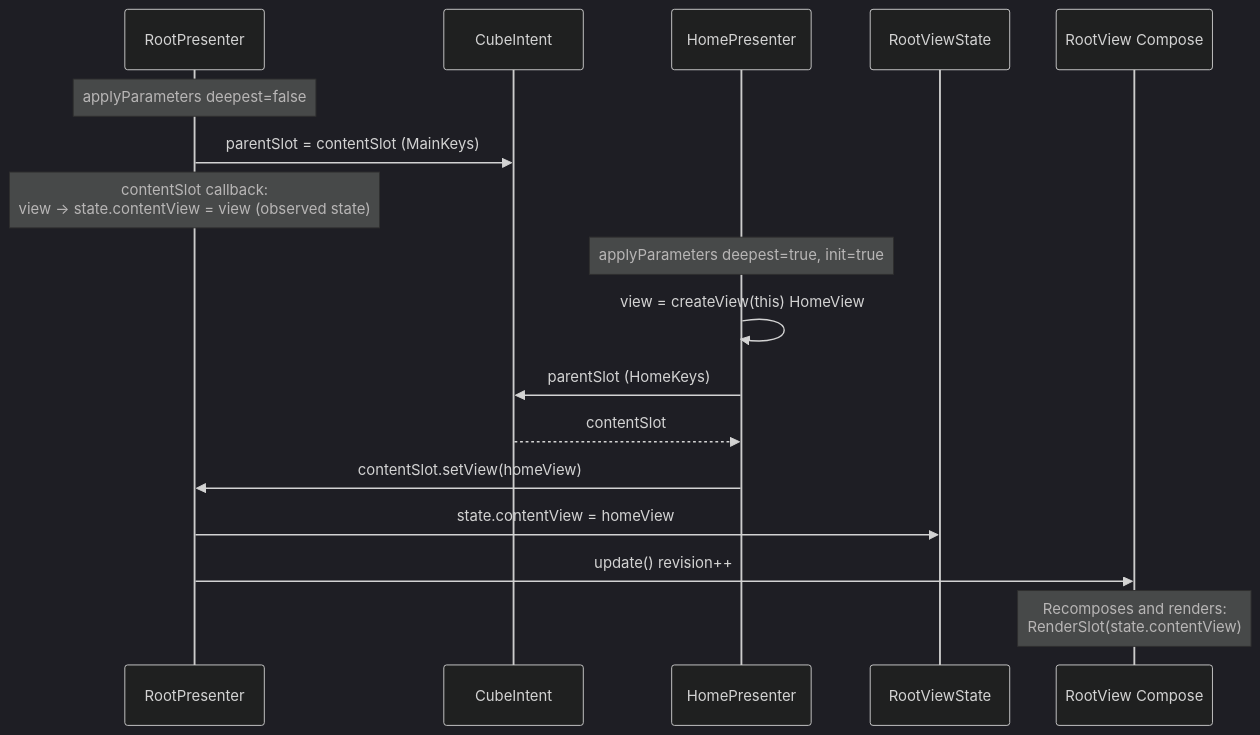
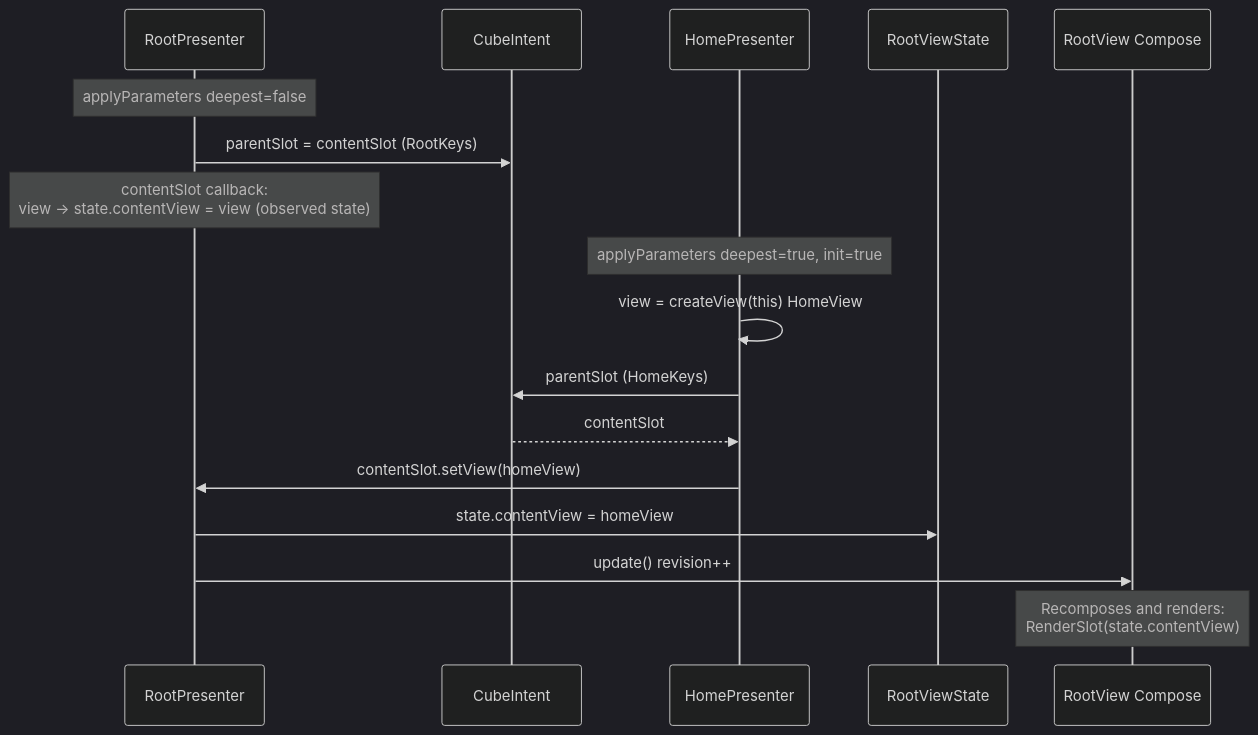
One commit to mrcdom/wdc-cube-kotlin changed the sixth of 9 diagrams in docs/architecture-cube-compose.md. Above: the diagram before and after it, drawn with Mermaid (dark theme). The commit also changed other lines of this file and 11 other files, not shown here.

First line of the commit message:
refactor(presentation): MainKeys is RootKeys

````diff
--- a/docs/architecture-cube-compose.md
+++ b/docs/architecture-cube-compose.md
@@ -342,21 +342,21 @@
 ```mermaid
 sequenceDiagram
     participant Root as RootPresenter
     participant Intent as CubeIntent
     participant Home as HomePresenter
     participant RootState as RootViewState
     participant RootView as RootView Compose
 
     Note over Root: applyParameters deepest=false
-    Root->>Intent: parentSlot = contentSlot (MainKeys)
+    Root->>Intent: parentSlot = contentSlot (RootKeys)
     Note over Root: contentSlot callback:<br/>view -> state.contentView = view (observed state)
 
     Note over Home: applyParameters deepest=true, init=true
     Home->>Home: view = createView(this) HomeView
     Home->>Intent: parentSlot (HomeKeys)
     Intent-->>Home: contentSlot
     Home->>Root: contentSlot.setView(homeView)
     Root->>RootState: state.contentView = homeView
     Root->>RootView: update() revision++
     Note over RootView: Recomposes and renders:<br/>RenderSlot(state.contentView)
 ```
````
